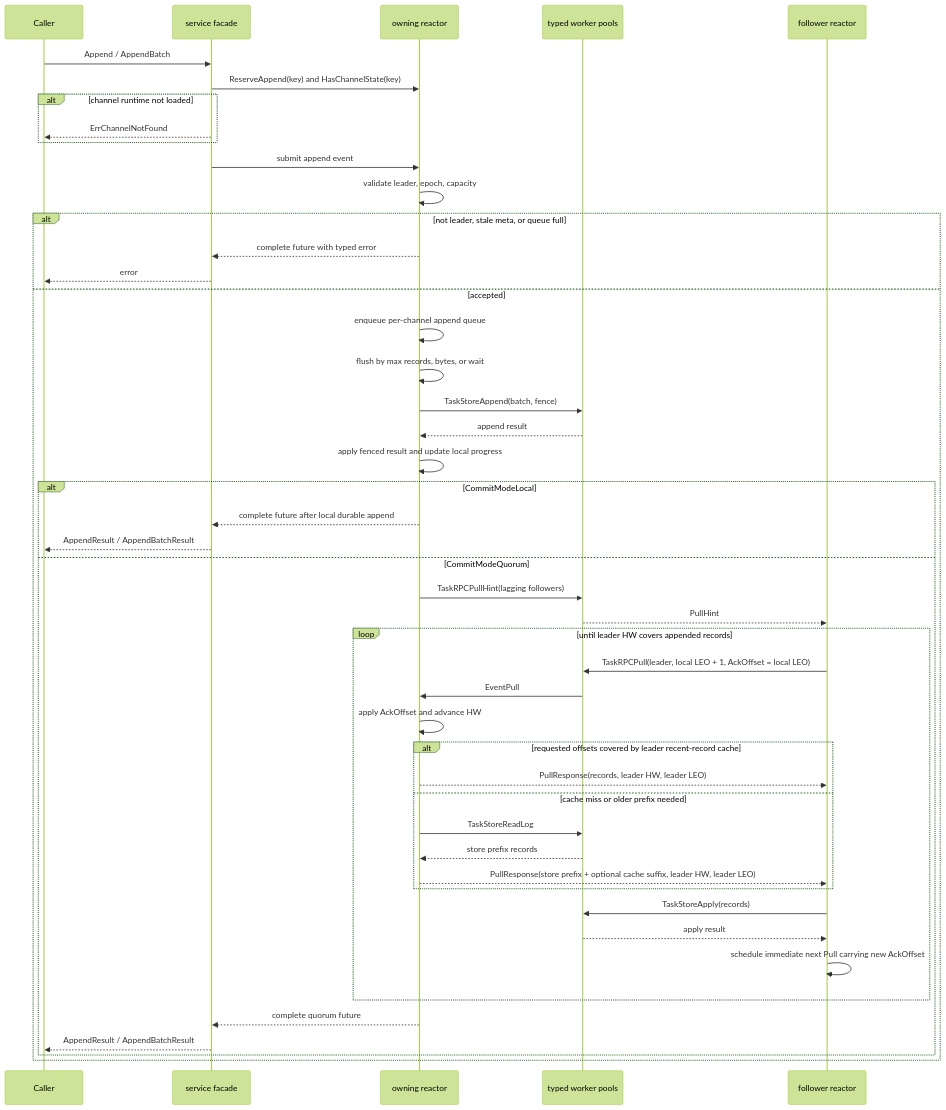
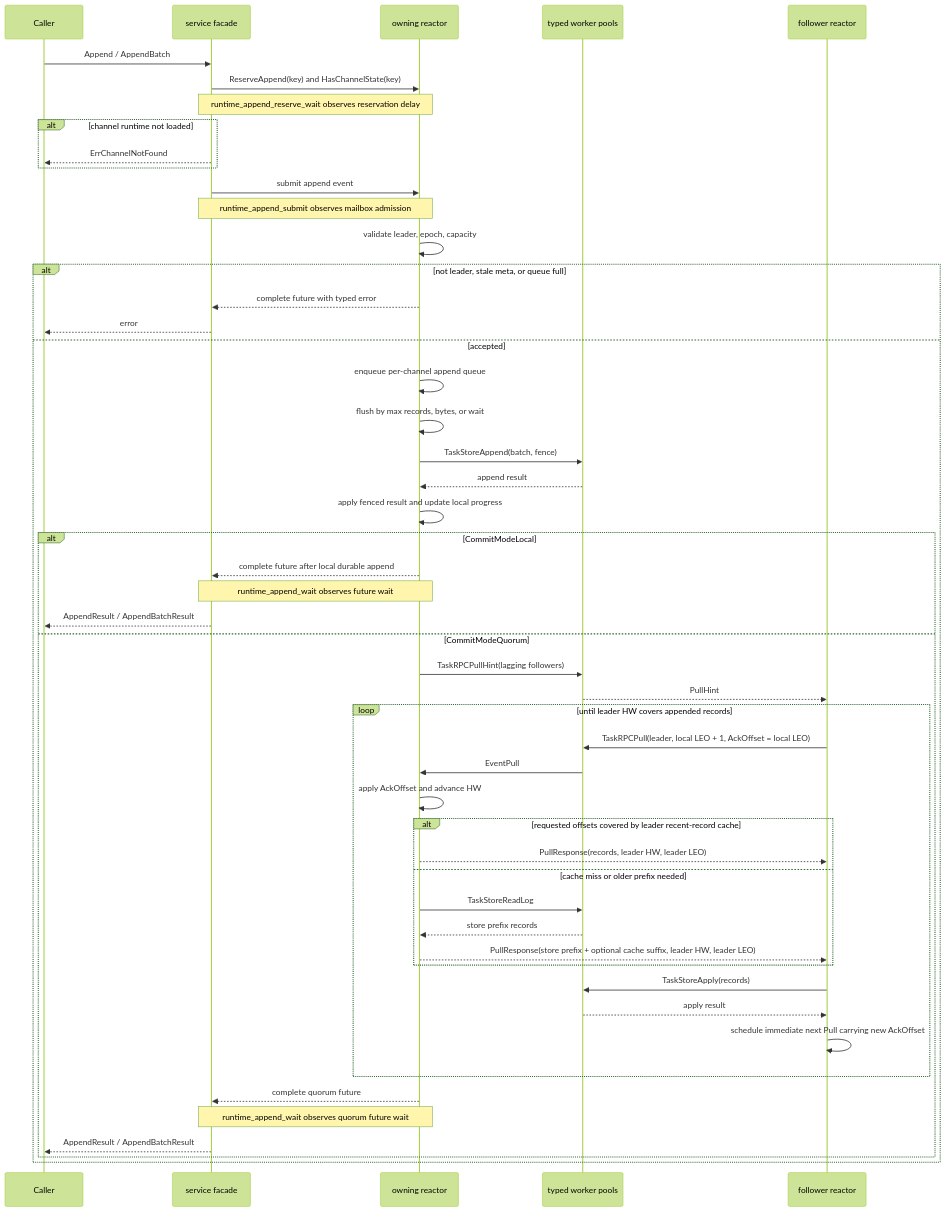
Before and after one commit to WuKongIM/WuKongIM: the first of 2 diagrams in pkg/channelv2/FLOW.md, drawn with Mermaid (forest theme). The commit also changed other lines of this file and 10 other files, not shown here.

Commit message:
feat(metrics): split channel runtime append wait

````diff
--- a/pkg/channelv2/FLOW.md
+++ b/pkg/channelv2/FLOW.md
@@ -23,51 +23,55 @@
 ```mermaid
 sequenceDiagram
     participant Caller
     participant Service as service facade
     participant Reactor as owning reactor
     participant Workers as typed worker pools
     participant Follower as follower reactor
 
     Caller->>Service: Append / AppendBatch
     Service->>Reactor: ReserveAppend(key) and HasChannelState(key)
+    Note over Service,Reactor: runtime_append_reserve_wait observes reservation delay
     alt channel runtime not loaded
         Service-->>Caller: ErrChannelNotFound
     end
     Service->>Reactor: submit append event
+    Note over Service,Reactor: runtime_append_submit observes mailbox admission
     Reactor->>Reactor: validate leader, epoch, capacity
     alt not leader, stale meta, or queue full
         Reactor-->>Service: complete future with typed error
         Service-->>Caller: error
     else accepted
         Reactor->>Reactor: enqueue per-channel append queue
         Reactor->>Reactor: flush by max records, bytes, or wait
         Reactor->>Workers: TaskStoreAppend(batch, fence)
         Workers-->>Reactor: append result
         Reactor->>Reactor: apply fenced result and update local progress
 
         alt CommitModeLocal
             Reactor-->>Service: complete future after local durable append
+            Note over Service,Reactor: runtime_append_wait observes future wait
             Service-->>Caller: AppendResult / AppendBatchResult
         else CommitModeQuorum
             Reactor->>Workers: TaskRPCPullHint(lagging followers)
             Workers-->>Follower: PullHint
             loop until leader HW covers appended records
                 Follower->>Workers: TaskRPCPull(leader, local LEO + 1, AckOffset = local LEO)
                 Workers->>Reactor: EventPull
                 Reactor->>Reactor: apply AckOffset and advance HW
                 alt requested offsets covered by leader recent-record cache
                     Reactor-->>Follower: PullResponse(records, leader HW, leader LEO)
                 else cache miss or older prefix needed
                     Reactor->>Workers: TaskStoreReadLog
                     Workers-->>Reactor: store prefix records
                     Reactor-->>Follower: PullResponse(store prefix + optional cache suffix, leader HW, leader LEO)
                 end
                 Follower->>Workers: TaskStoreApply(records)
                 Workers-->>Follower: apply result
                 Follower->>Follower: schedule immediate next Pull carrying new AckOffset
             end
             Reactor-->>Service: complete quorum future
+            Note over Service,Reactor: runtime_append_wait observes quorum future wait
             Service-->>Caller: AppendResult / AppendBatchResult
         end
     end
 ```
````
